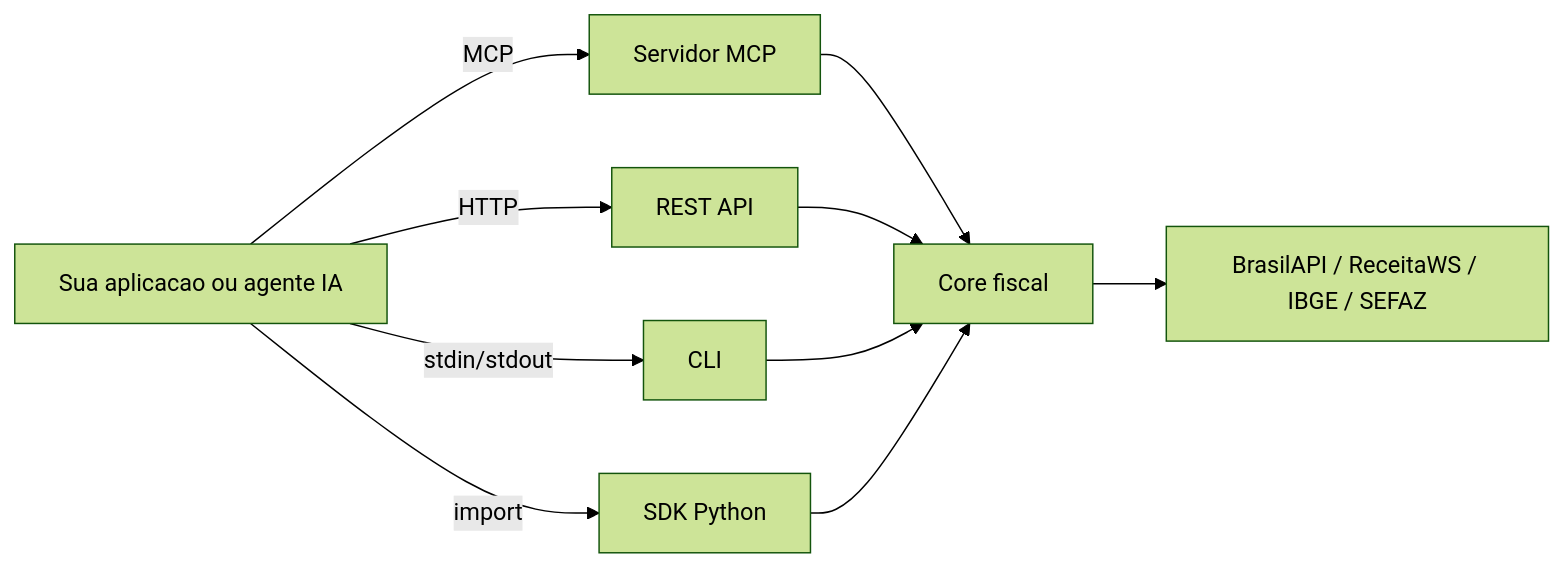
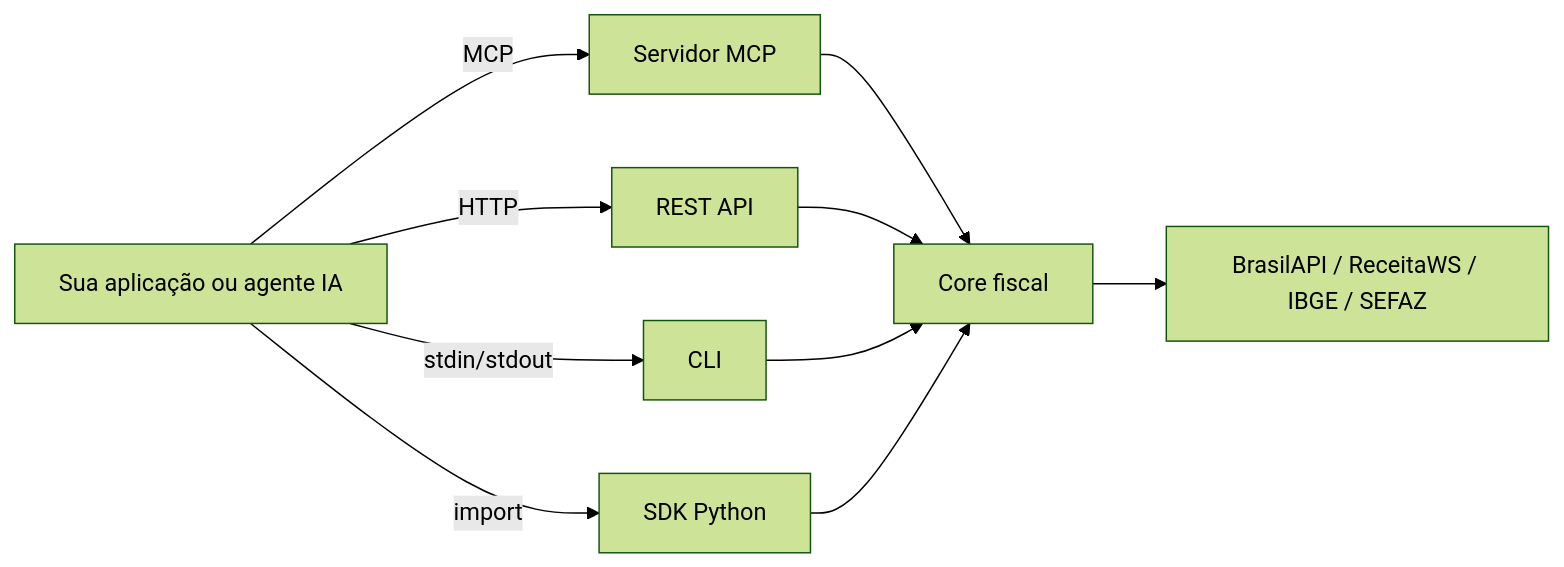
Before and after one commit to nikolasdehor/mcp-fiscal-brasil: the diagram in docs/index.md, drawn with Mermaid (forest theme). The commit also changed other lines of this file and 82 other files, not shown here.

````diff
--- a/docs/index.md
+++ b/docs/index.md
@@ -14,12 +14,12 @@
 ```mermaid
 flowchart LR
-    A[Sua aplicacao ou agente IA] -->|MCP| M[Servidor MCP]
+    A[Sua aplicação ou agente IA] -->|MCP| M[Servidor MCP]
     A -->|HTTP| R[REST API]
     A -->|stdin/stdout| C[CLI]
     A -->|import| S[SDK Python]
     M --> Core[Core fiscal]
     R --> Core
     C --> Core
     S --> Core
     Core --> APIs[BrasilAPI / ReceitaWS / IBGE / SEFAZ]
 ```
````
